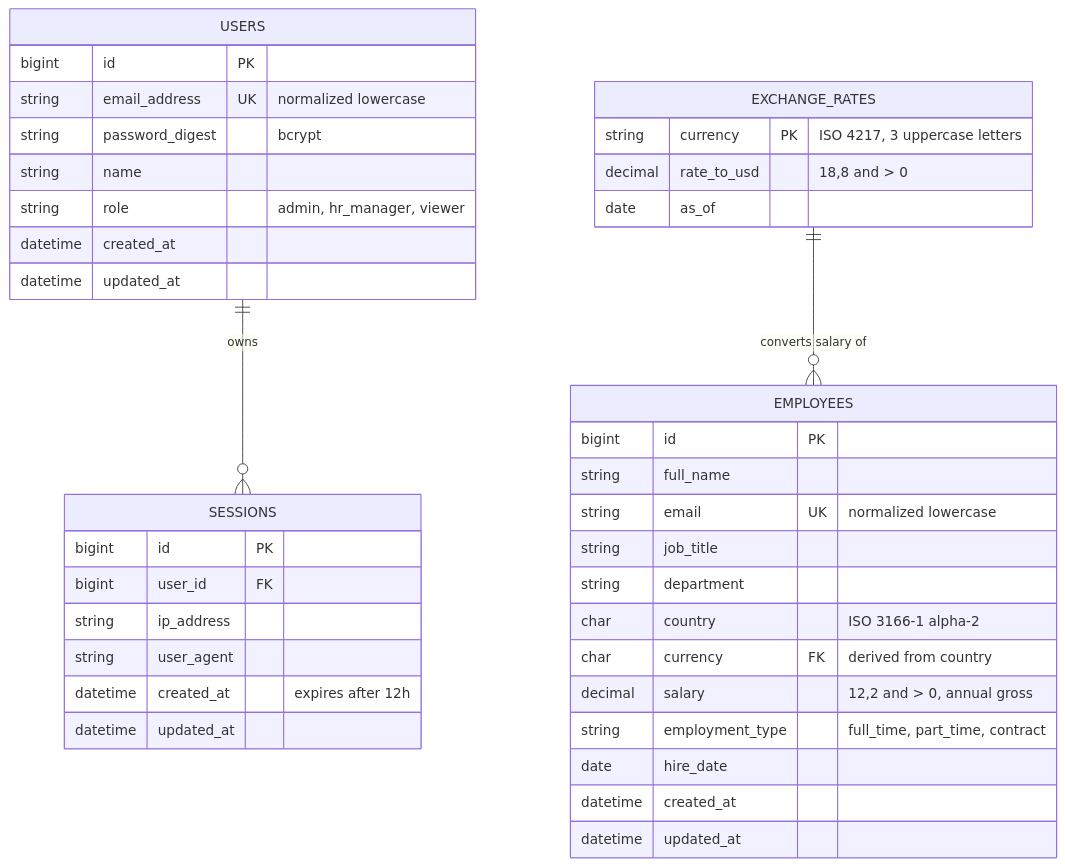
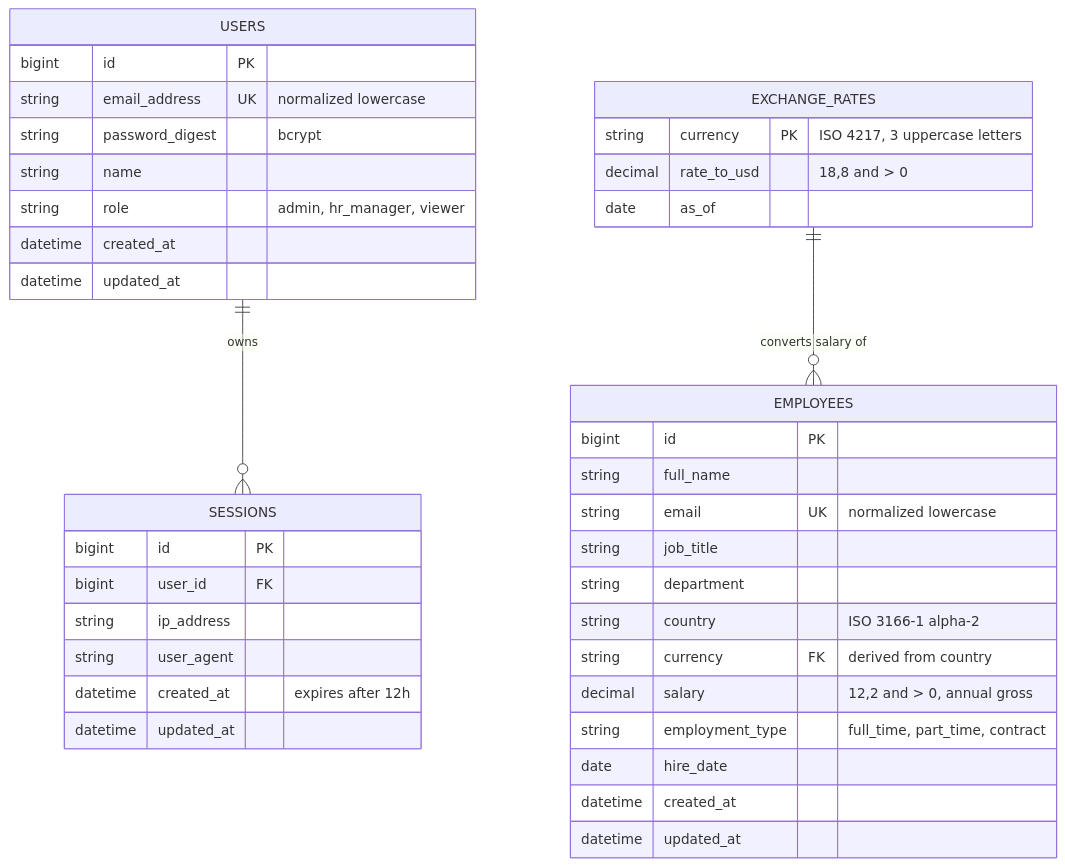
The fourth of 9 diagrams in docs/ARCHITECTURE.md (sujay-gavhane/salary-management), drawn with Mermaid before and after one commit. The commit also changed 1 other file, not shown here.

Commit message:
update architecture and designe doc

````diff
--- a/docs/ARCHITECTURE.md
+++ b/docs/ARCHITECTURE.md
@@ -103,45 +103,45 @@
 ```mermaid
 erDiagram
     USERS ||--o{ SESSIONS : "owns"
     EXCHANGE_RATES ||--o{ EMPLOYEES : "converts salary of"
 
     USERS {
         bigint id PK
         string email_address UK "normalized lowercase"
         string password_digest "bcrypt"
         string name
         string role "admin, hr_manager, viewer"
         datetime created_at
         datetime updated_at
     }
 
     SESSIONS {
         bigint id PK
         bigint user_id FK
         string ip_address
         string user_agent
         datetime created_at "expires after 12h"
         datetime updated_at
     }
 
     EXCHANGE_RATES {
         string currency PK "ISO 4217, 3 uppercase letters"
         decimal rate_to_usd "18,8 and > 0"
         date as_of
     }
 
     EMPLOYEES {
         bigint id PK
         string full_name
         string email UK "normalized lowercase"
         string job_title
         string department
-        char country "ISO 3166-1 alpha-2"
-        char currency FK "derived from country"
+        string country "ISO 3166-1 alpha-2"
+        string currency FK "derived from country"
         decimal salary "12,2 and > 0, annual gross"
         string employment_type "full_time, part_time, contract"
         date hire_date
         datetime created_at
         datetime updated_at
     }
 ```
````
